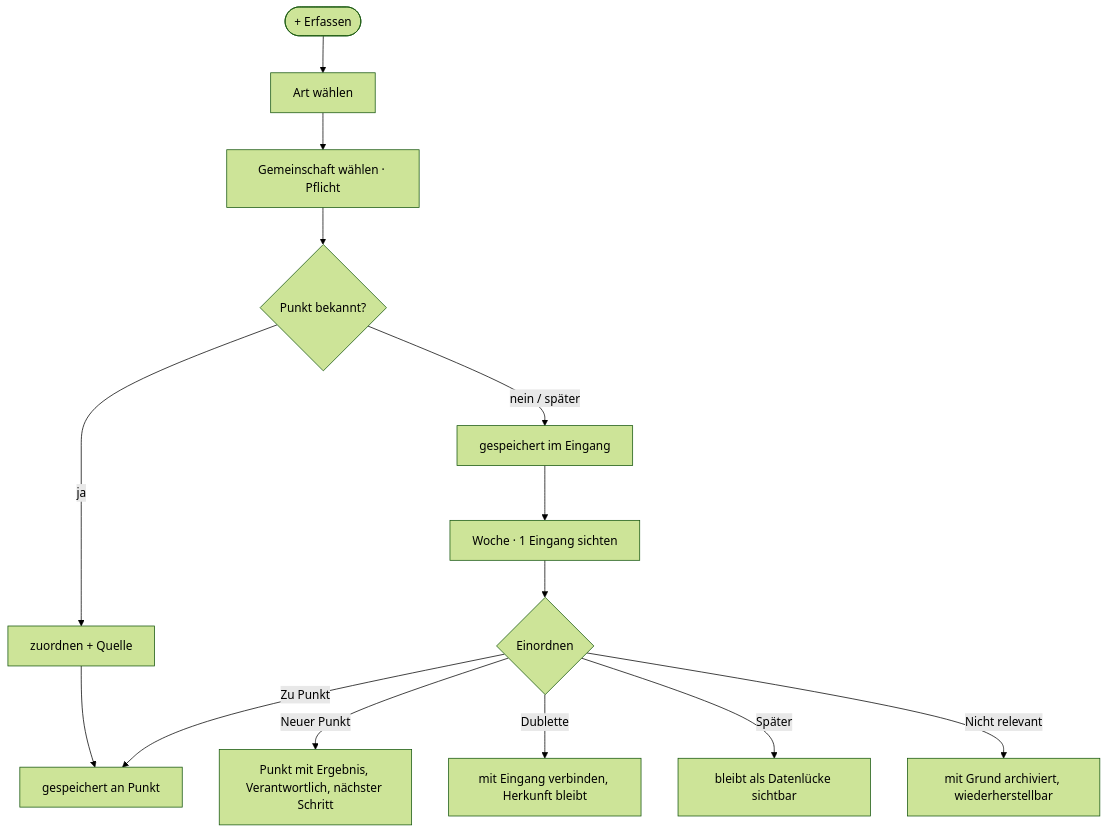
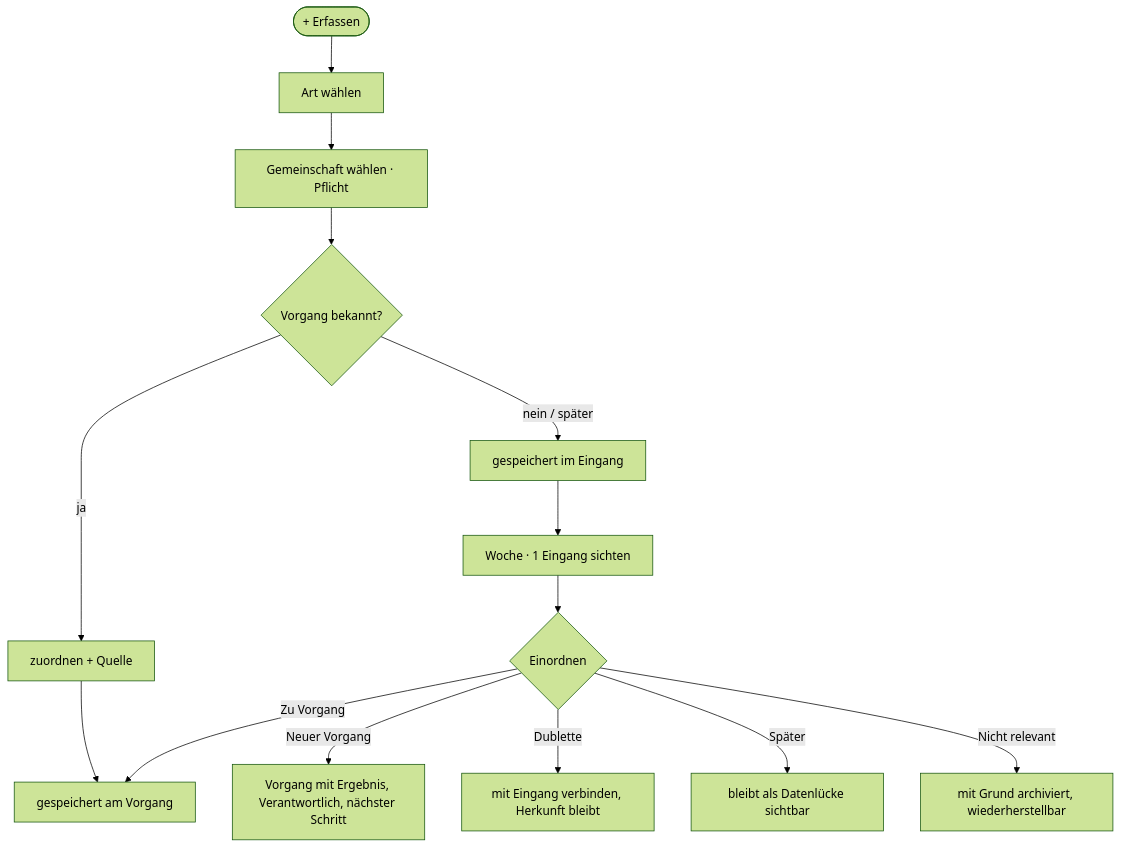
Before and after one commit to Luis85/weg-manager: the diagram in docs/design/user-flows/FLOW-04 - Schnell erfassen und Eingang sichten.md, drawn with Mermaid (forest theme). The commit also changed other lines of this file and 395 other files, not shown here.

````diff
--- a/docs/design/user-flows/FLOW-04 - Schnell erfassen und Eingang sichten.md
+++ b/docs/design/user-flows/FLOW-04 - Schnell erfassen und Eingang sichten.md
@@ -23,15 +23,15 @@
 ```mermaid
 flowchart TD
   A([+ Erfassen]) --> B[Art wählen]
   B --> C[Gemeinschaft wählen · Pflicht]
-  C --> D{Punkt bekannt?}
-  D -- ja --> E[zuordnen + Quelle] --> G[gespeichert an Punkt]
+  C --> D{Vorgang bekannt?}
+  D -- ja --> E[zuordnen + Quelle] --> G[gespeichert am Vorgang]
   D -- nein / später --> F[gespeichert im Eingang]
   F --> H[Woche · 1 Eingang sichten]
   H --> I{Einordnen}
-  I -- Zu Punkt --> G
-  I -- Neuer Punkt --> J[Punkt mit Ergebnis, Verantwortlich, nächster Schritt]
+  I -- Zu Vorgang --> G
+  I -- Neuer Vorgang --> J[Vorgang mit Ergebnis, Verantwortlich, nächster Schritt]
   I -- Dublette --> K[mit Eingang verbinden, Herkunft bleibt]
   I -- Später --> L[bleibt als Datenlücke sichtbar]
   I -- Nicht relevant --> M[mit Grund archiviert, wiederherstellbar]
 ```
````
